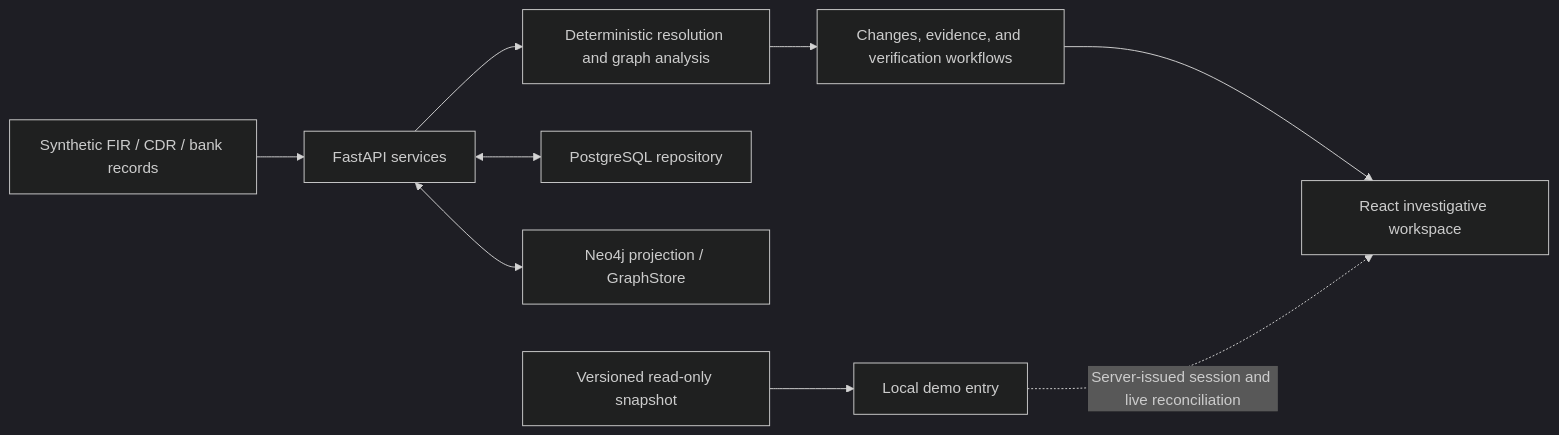
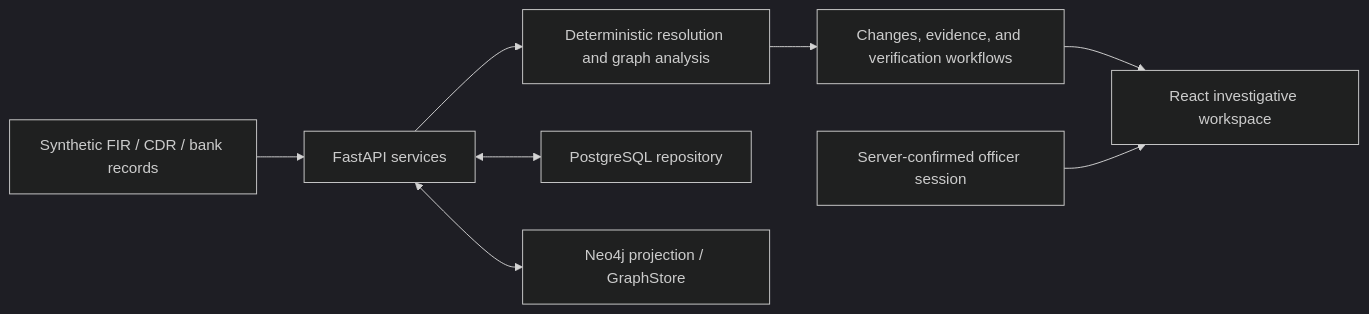
The diagram in README.md (acchasujal/Nexus), drawn with Mermaid (dark theme) before and after one commit. The commit also changed other lines of this file and 21 other files, not shown here.

````diff
--- a/README.md
+++ b/README.md
@@ -102,11 +99,10 @@
 ```mermaid
 flowchart LR
     Records["Synthetic FIR / CDR / bank records"] --> API["FastAPI services"]
     API --> Analysis["Deterministic resolution and graph analysis"]
     Analysis --> Findings["Changes, evidence, and verification workflows"]
     Findings --> UI["React investigative workspace"]
     API <--> PG["PostgreSQL repository"]
     API <--> Graph["Neo4j projection / GraphStore"]
-    Snapshot["Versioned read-only snapshot"] --> Demo["Local demo entry"]
-    Demo -. "Server-issued session and live reconciliation" .-> UI
+    Session["Server-confirmed officer session"] --> UI
 ```
````
